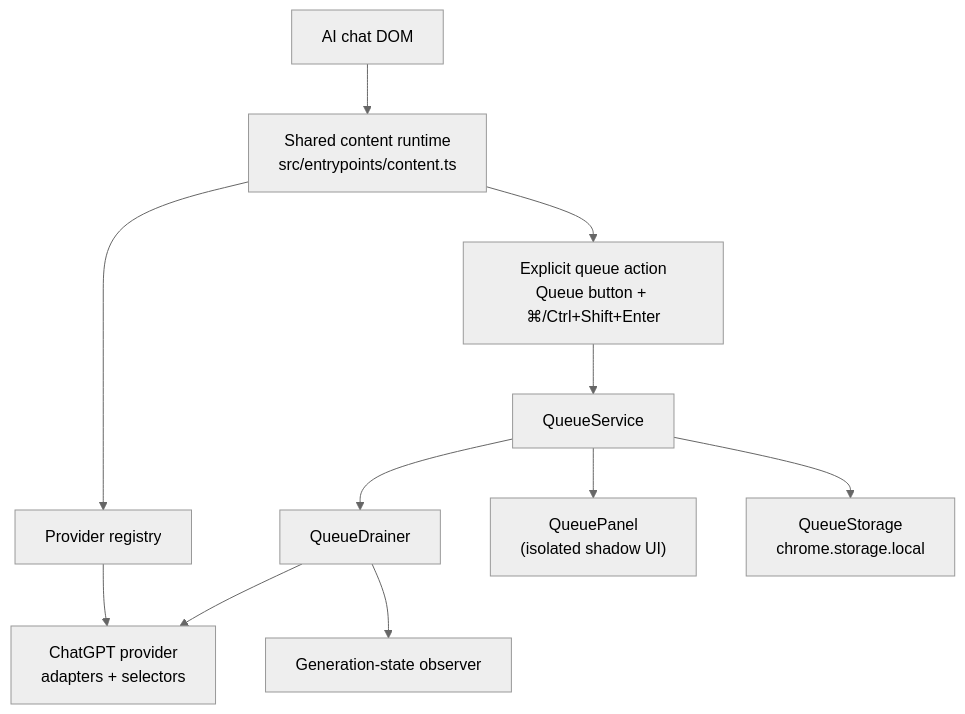
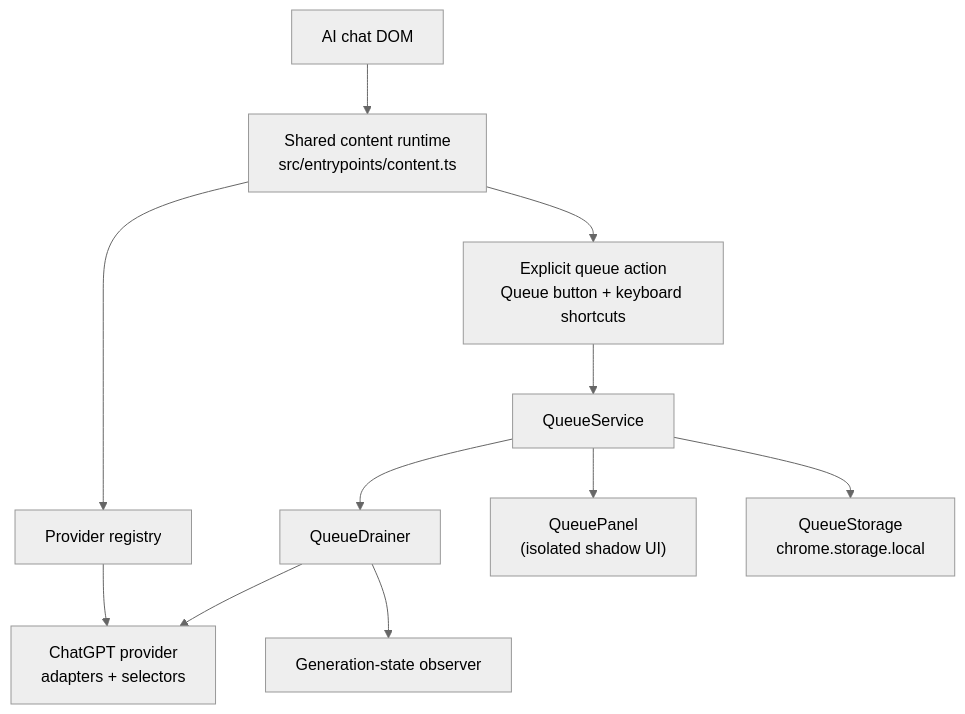
The diagram in README.md (technway/ai-chat-queue), drawn with Mermaid (neutral theme) before and after one commit. The commit also changed other lines of this file and 2 other files, not shown here.

````diff
--- a/README.md
+++ b/README.md
@@ -63,14 +63,14 @@
 ```mermaid
 flowchart TD
     DOM["AI chat DOM"] --> Content["Shared content runtime<br/>src/entrypoints/content.ts"]
     Content --> Registry["Provider registry"]
     Registry --> ChatGPT["ChatGPT provider<br/>adapters + selectors"]
 
-    Content --> QueueAction["Explicit queue action<br/>Queue button + ⌘/Ctrl+Shift+Enter"]
+    Content --> QueueAction["Explicit queue action<br/>Queue button + keyboard shortcuts"]
     QueueAction --> QueueService["QueueService"]
     QueueService --> QueueDrainer["QueueDrainer"]
     QueueDrainer --> GenerationState["Generation-state observer"]
     QueueService --> QueuePanel["QueuePanel<br/>(isolated shadow UI)"]
     QueueService --> QueueStorage["QueueStorage<br/>chrome.storage.local"]
     QueueDrainer --> ChatGPT
 ```
````
